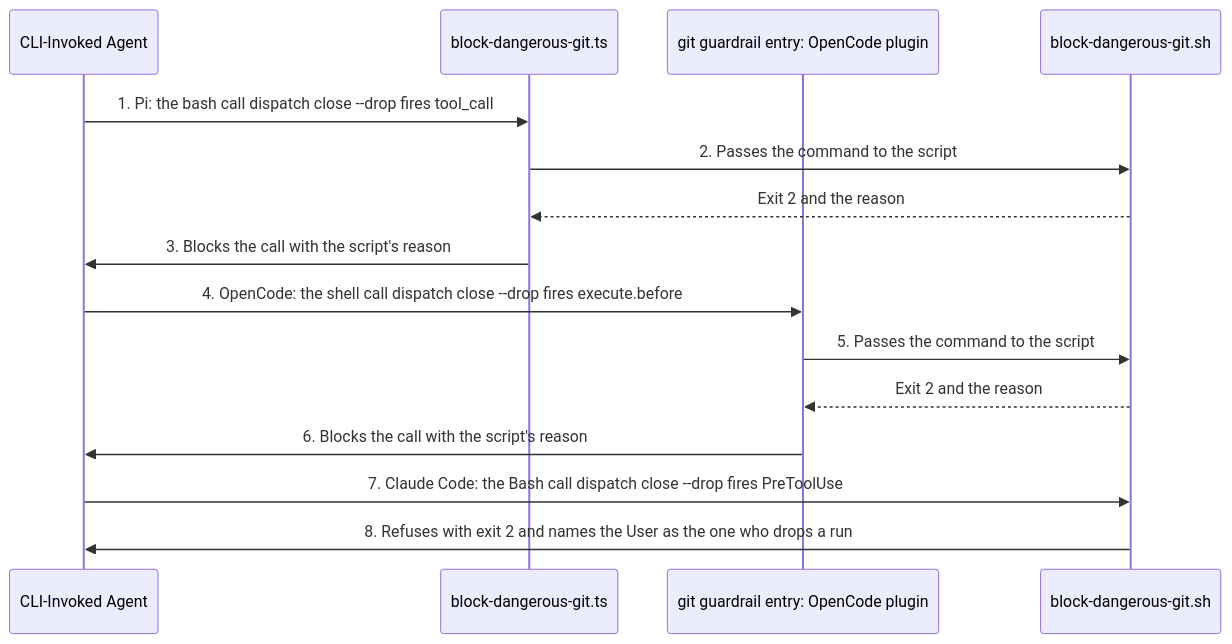
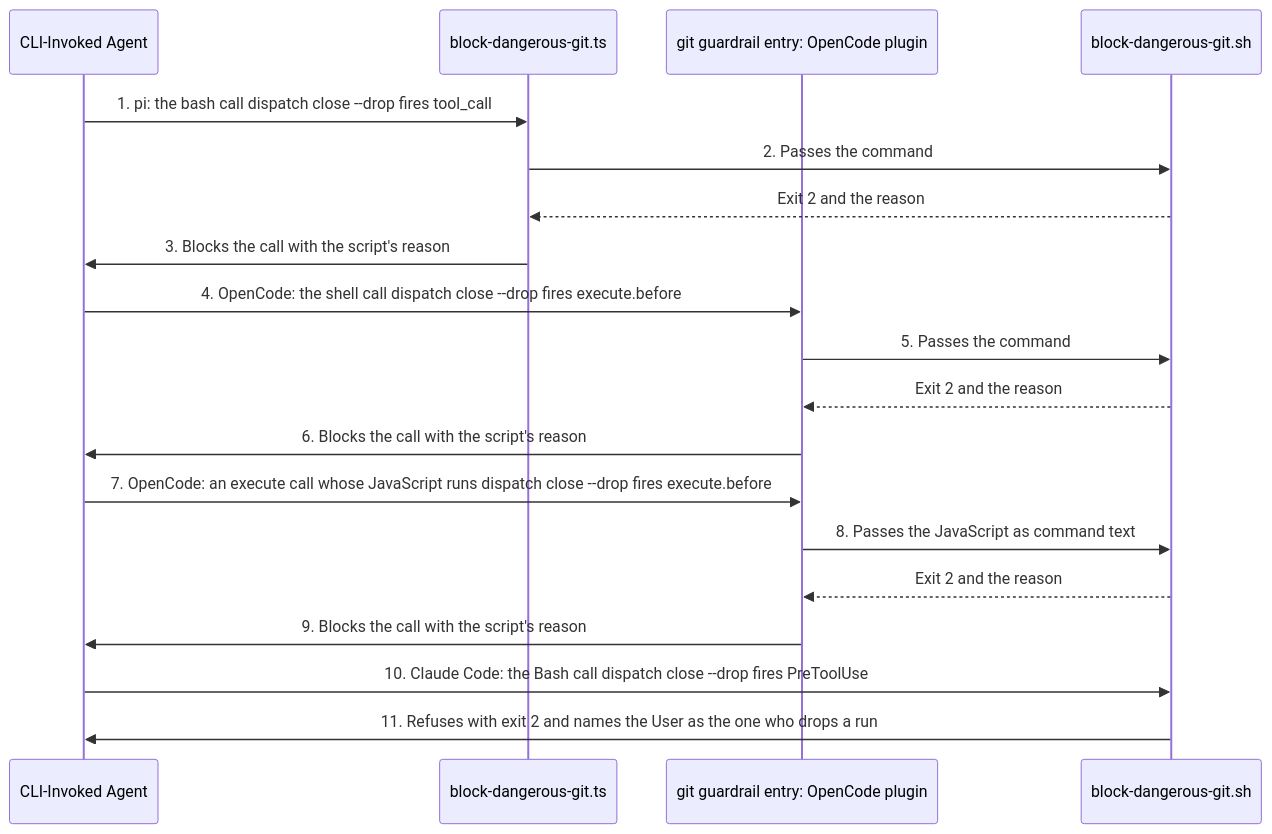
One commit to matthiasdaues/agent_factory changed diagram 36 of 36 in docs/arc42/06_runtime_view.md. Above: the diagram before and after it, drawn with Mermaid. The commit also changed other lines of this file and 67 other files, not shown here.

First line of the commit message:
refactor: address the ATAM review of the run lifecycle architecture (ATAM-0021 to ATAM-0026)

````diff
--- a/docs/arc42/06_runtime_view.md
+++ b/docs/arc42/06_runtime_view.md
@@ -1405,18 +1490,22 @@
 ```mermaid
 sequenceDiagram
     participant A as CLI-Invoked Agent
     participant GP as block-dangerous-git.ts
     participant GO as git guardrail entry: OpenCode plugin
     participant BDG as block-dangerous-git.sh
 
-    A->>GP: 1. Pi: the bash call dispatch close --drop fires tool_call
-    GP->>BDG: 2. Passes the command to the script
+    A->>GP: 1. pi: the bash call dispatch close --drop fires tool_call
+    GP->>BDG: 2. Passes the command
     BDG-->>GP: Exit 2 and the reason
     GP->>A: 3. Blocks the call with the script's reason
     A->>GO: 4. OpenCode: the shell call dispatch close --drop fires execute.before
-    GO->>BDG: 5. Passes the command to the script
+    GO->>BDG: 5. Passes the command
     BDG-->>GO: Exit 2 and the reason
     GO->>A: 6. Blocks the call with the script's reason
-    A->>BDG: 7. Claude Code: the Bash call dispatch close --drop fires PreToolUse
-    BDG->>A: 8. Refuses with exit 2 and names the User as the one who drops a run
+    A->>GO: 7. OpenCode: an execute call whose JavaScript runs dispatch close --drop fires execute.before
+    GO->>BDG: 8. Passes the JavaScript as command text
+    BDG-->>GO: Exit 2 and the reason
+    GO->>A: 9. Blocks the call with the script's reason
+    A->>BDG: 10. Claude Code: the Bash call dispatch close --drop fires PreToolUse
+    BDG->>A: 11. Refuses with exit 2 and names the User as the one who drops a run
 ```
````
